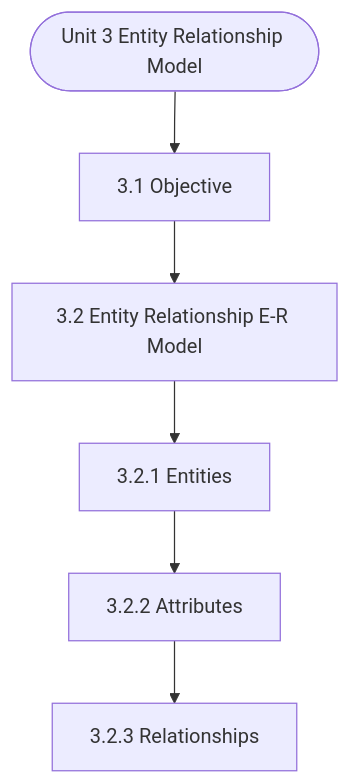
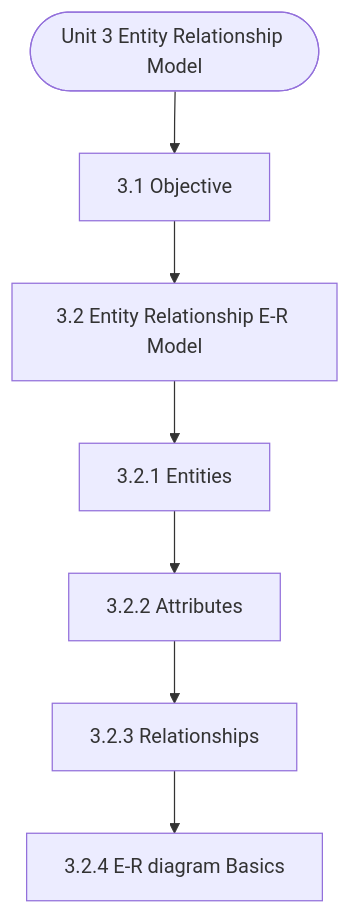
Before and after one commit to Asutosh-Coaching/mscdsa: the diagram in notes/Semester_1/MCS-207_Database_Management_Systems/unit_03_Entity_Relationship_Model.md, drawn with Mermaid. The commit also changed other lines of this file and 116 other files, not shown here.

````diff
--- a/notes/Semester_1/MCS-207_Database_Management_Systems/unit_03_Entity_Relationship_Model.md
+++ b/notes/Semester_1/MCS-207_Database_Management_Systems/unit_03_Entity_Relationship_Model.md
@@ -19,14 +19,16 @@
 ```mermaid
 flowchart TD
   Start(["Unit 3 Entity Relationship Model"])
   N1["3.1 Objective"]
   N2["3.2 Entity Relationship E-R Model"]
   N3["3.2.1 Entities"]
   N4["3.2.2 Attributes"]
   N5["3.2.3 Relationships"]
+  N6["3.2.4 E-R diagram Basics"]
   Start --> N1
   N1 --> N2
   N2 --> N3
   N3 --> N4
   N4 --> N5
+  N5 --> N6
 ```
````
